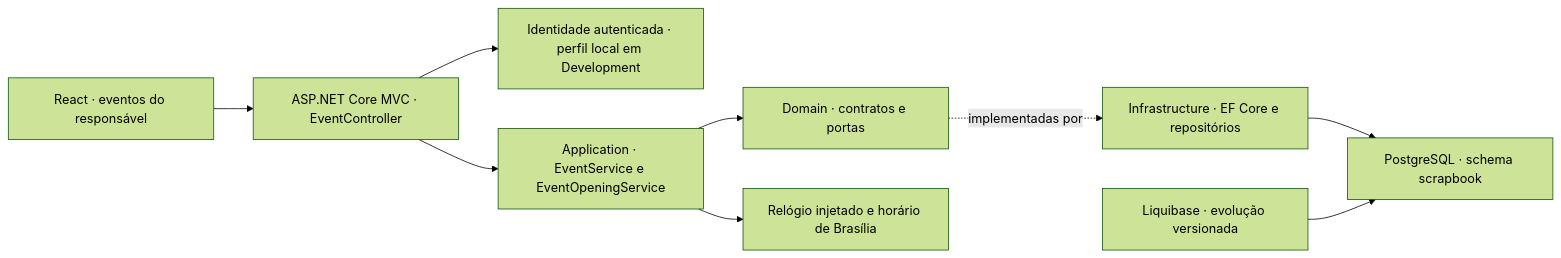
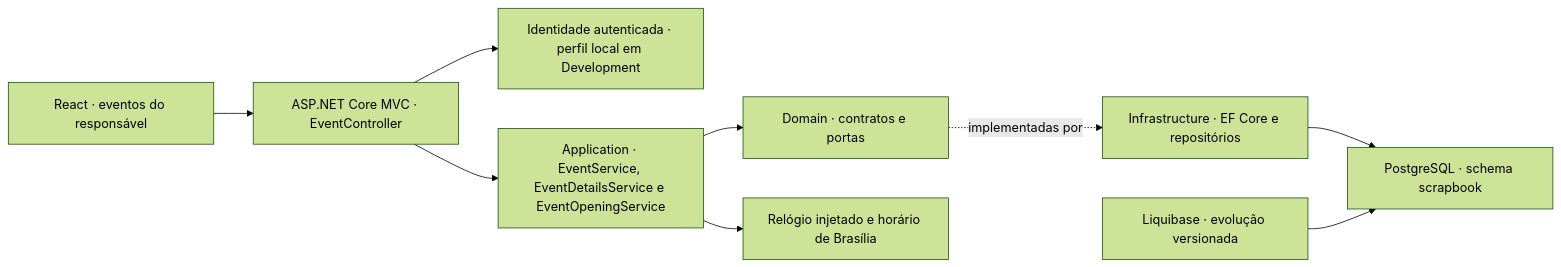
The diagram in F03-eventos-e-politica-de-abertura/spec.md (diorgenesbackes/scrapbook-docs), drawn with Mermaid (forest theme) before and after one commit. The commit also changed other lines of this file and 8 other files, not shown here.

````diff
--- a/F03-eventos-e-politica-de-abertura/spec.md
+++ b/F03-eventos-e-politica-de-abertura/spec.md
@@ -45,11 +45,11 @@
 ```mermaid
 flowchart LR
     UI["React · eventos do responsável"] --> API["ASP.NET Core MVC · EventController"]
     API --> ID["Identidade autenticada · perfil local em Development"]
-    API --> APP["Application · EventService e EventOpeningService"]
+    API --> APP["Application · EventService, EventDetailsService e EventOpeningService"]
     APP --> D["Domain · contratos e portas"]
     D -. implementadas por .-> INF["Infrastructure · EF Core e repositórios"]
     INF --> DB["PostgreSQL · schema scrapbook"]
     APP --> CLOCK["Relógio injetado e horário de Brasília"]
     LQ["Liquibase · evolução versionada"] --> DB
 ```
````
